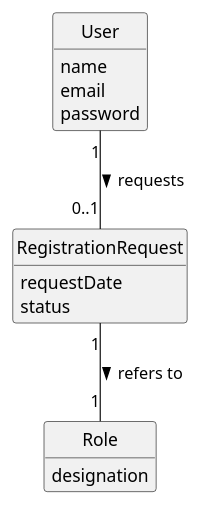
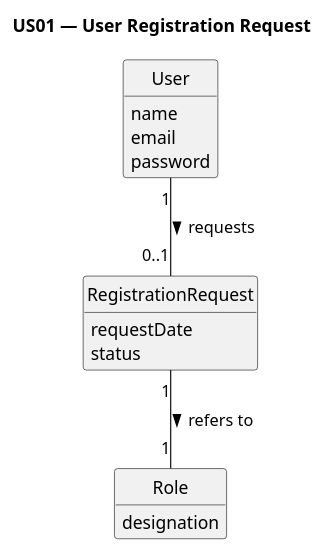
One commit to Departamento-de-Engenharia-Informatica/sem2-pi-25-26-g096-repo changed the diagram in docs/system-documentation/US01/02.analysis/puml/US01-DM.puml. Above: the diagram before and after it, drawn with PlantUML. The commit also changed 11 other files, not shown here.

```diff
--- a/docs/system-documentation/US01/02.analysis/puml/US01-DM.puml
+++ b/docs/system-documentation/US01/02.analysis/puml/US01-DM.puml
@@ -1,27 +1,28 @@
 @startuml
+title US01 — User Registration Request
 skinparam monochrome true
 skinparam packageStyle rectangle
 skinparam shadowing false
 skinparam classAttributeIconSize 0
 hide circle
 hide methods
 
 class User {
     name
     email
     password
 }
 
 class Role {
     designation
 }
 
 class RegistrationRequest {
     requestDate
     status
 }
 
 User "1" -- "0..1" RegistrationRequest : requests >
 RegistrationRequest "1" -- "1" Role : refers to >
 
 @enduml
```
